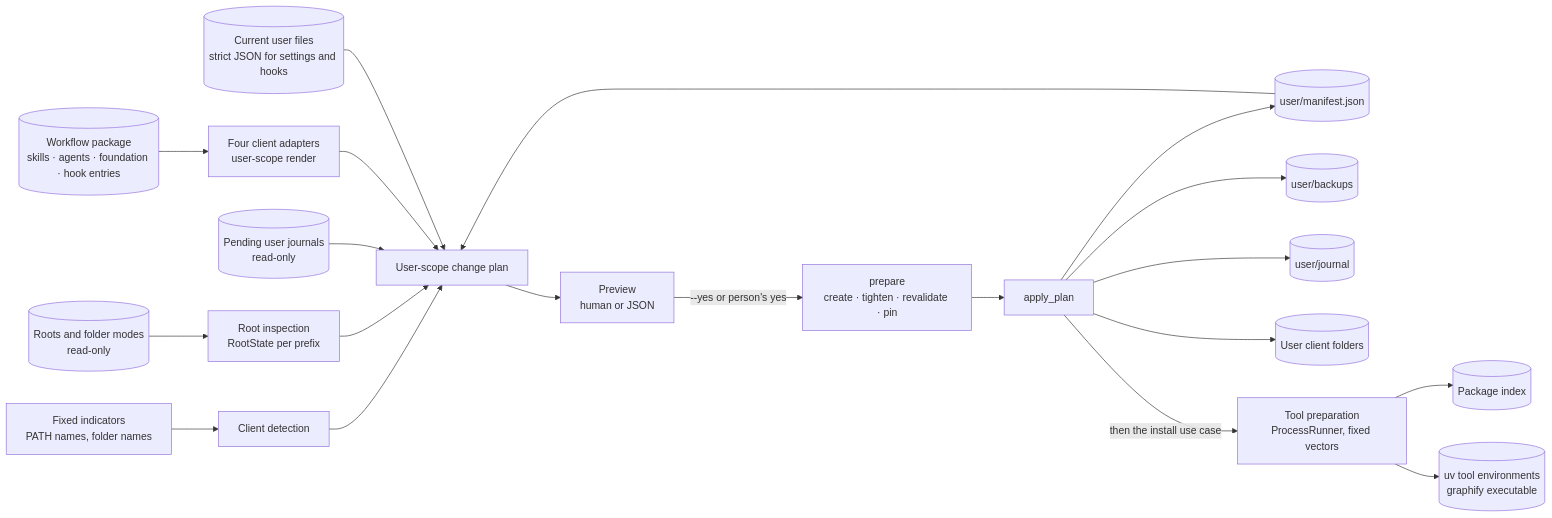
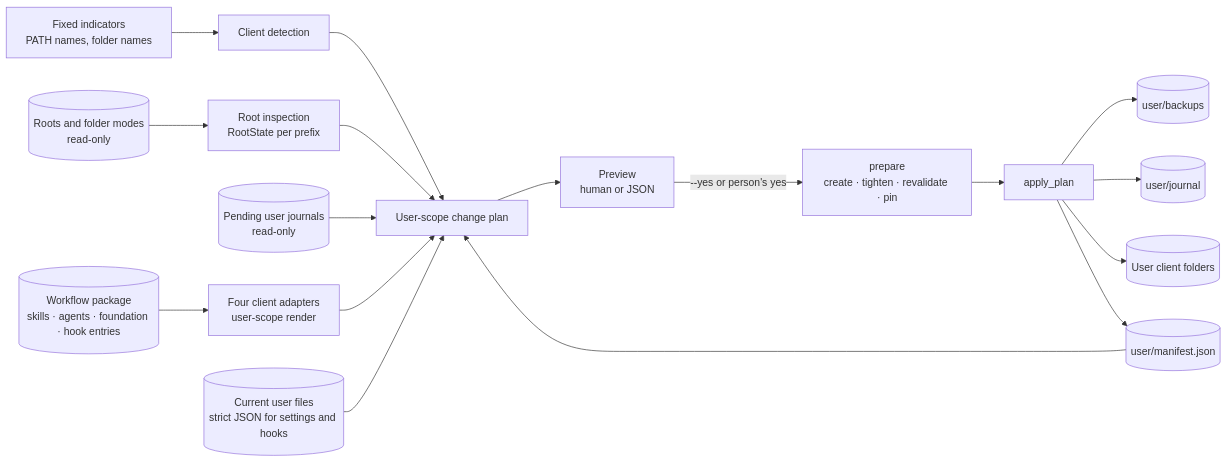
One commit to tmishari/orqlet changed the first of 2 diagrams in docs/design/one-command-setup/design/data-flow.md. Above: the diagram before and after it, drawn with Mermaid. The commit also changed other lines of this file and 21 other files, not shown here.

First line of the commit message:
Move Graphify and tool preparation out of one-command-setup (#40)

````diff
--- a/docs/design/one-command-setup/design/data-flow.md
+++ b/docs/design/one-command-setup/design/data-flow.md
@@ -5,21 +5,18 @@
 ```mermaid
 flowchart LR
     ind[Fixed indicators<br/>PATH names, folder names] --> det[Client detection]
     det --> plan[User-scope change plan]
     roots[(Roots and folder modes<br/>read-only)] --> insp[Root inspection<br/>RootState per prefix] --> plan
     pend[(Pending user journals<br/>read-only)] --> plan
     wf[(Workflow package<br/>skills · agents · foundation · hook entries)] --> render[Four client adapters<br/>user-scope render]
     render --> plan
     man[(user/manifest.json)] --> plan
     cur[(Current user files<br/>strict JSON for settings and hooks)] --> plan
     plan --> preview[Preview<br/>human or JSON]
     preview -- "--yes or person's yes" --> prep[prepare<br/>create · tighten · revalidate · pin]
     prep --> apply[apply_plan]
     apply --> bak[(user/backups)]
     apply --> jr[(user/journal)]
     apply --> files[(User client folders)]
     apply --> man
-    apply -- "then the install use case" --> tools[Tool preparation<br/>ProcessRunner, fixed vectors]
-    tools --> idx[(Package index)]
-    tools --> bin[(uv tool environments<br/>graphify executable)]
 ```
````
